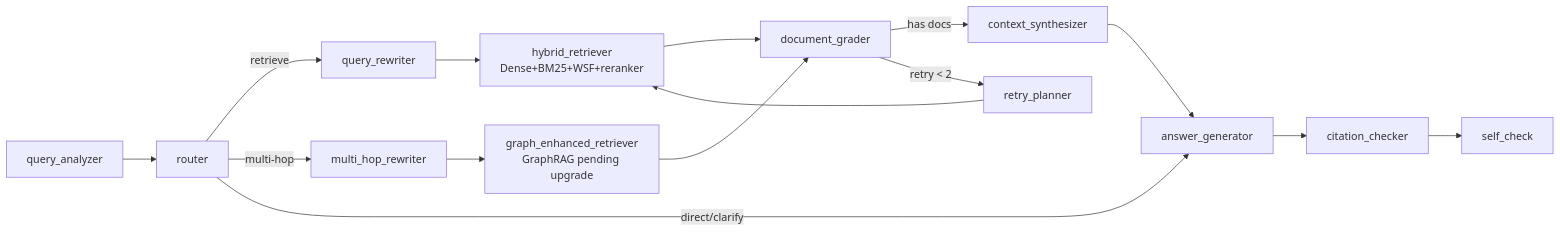
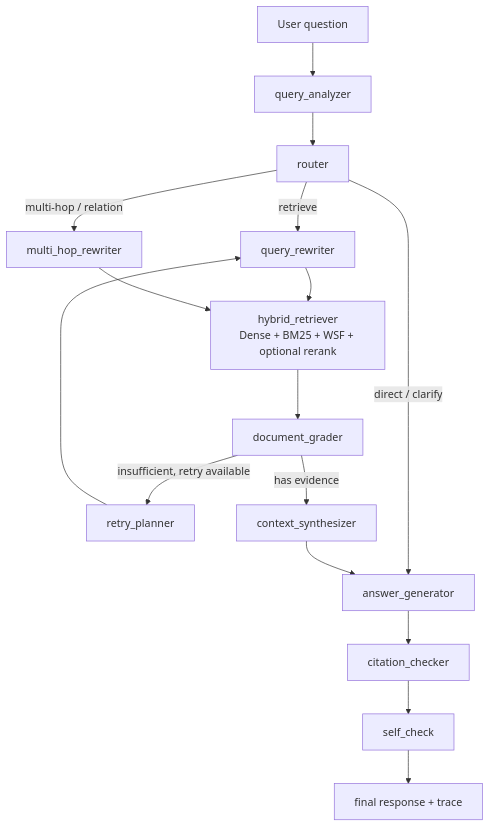
The seventh of 7 diagrams in README.en.md (Sggggt/DialoGraph), drawn with Mermaid before and after one commit. The commit also changed other lines of this file and 26 other files, not shown here.

````diff
--- a/README.en.md
+++ b/README.en.md
@@ -433,17 +253,18 @@
 ```mermaid
-graph LR
-    A[query_analyzer] --> B[router]
-    B -->|retrieve| C[query_rewriter]
-    B -->|multi-hop| C2[multi_hop_rewriter]
-    B -->|direct/clarify| G[answer_generator]
-    C --> D[hybrid_retriever<br/>Dense+BM25+WSF+reranker]
-    C2 --> D2[graph_enhanced_retriever<br/>GraphRAG pending upgrade]
-    D --> E[document_grader]
-    D2 --> E
-    E -->|has docs| F[context_synthesizer]
-    E -->|retry < 2| R[retry_planner]
-    R --> D
-    F --> G
-    G --> H[citation_checker]
-    H --> I[self_check]
+flowchart TB
+    Q["User question"] --> ANALYZE["query_analyzer"]
+    ANALYZE --> ROUTER["router"]
+    ROUTER -->|"direct / clarify"| ANSWER["answer_generator"]
+    ROUTER -->|"retrieve"| REWRITE["query_rewriter"]
+    ROUTER -->|"multi-hop / relation"| MULTIHOP["multi_hop_rewriter"]
+    REWRITE --> RETRIEVE["hybrid_retriever<br/>Dense + BM25 + WSF + optional rerank"]
+    MULTIHOP --> RETRIEVE
+    RETRIEVE --> GRADE["document_grader"]
+    GRADE -->|"insufficient, retry available"| RETRY["retry_planner"]
+    RETRY --> REWRITE
+    GRADE -->|"has evidence"| CONTEXT["context_synthesizer"]
+    CONTEXT --> ANSWER
+    ANSWER --> CITE["citation_checker"]
+    CITE --> SELF["self_check"]
+    SELF --> FINAL["final response + trace"]
 ```
````
